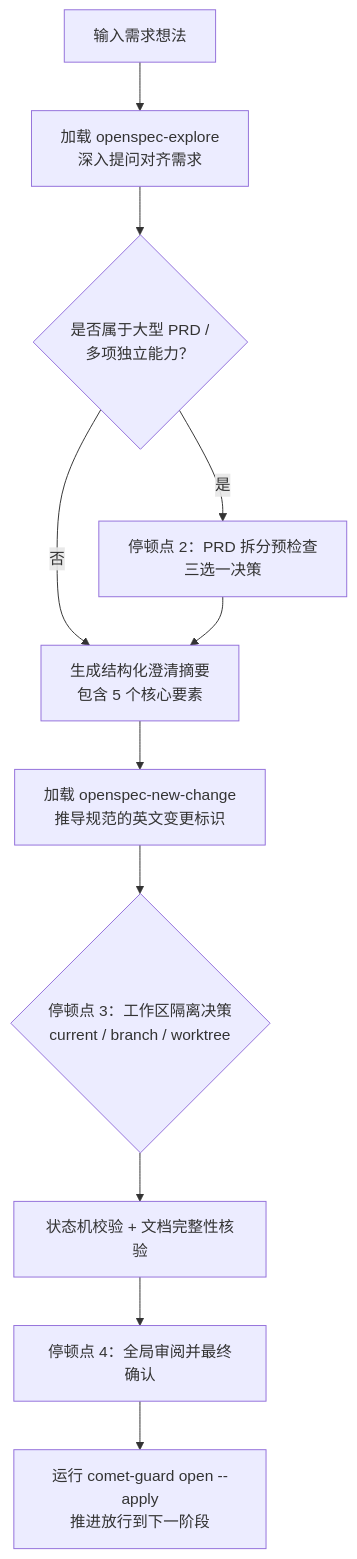
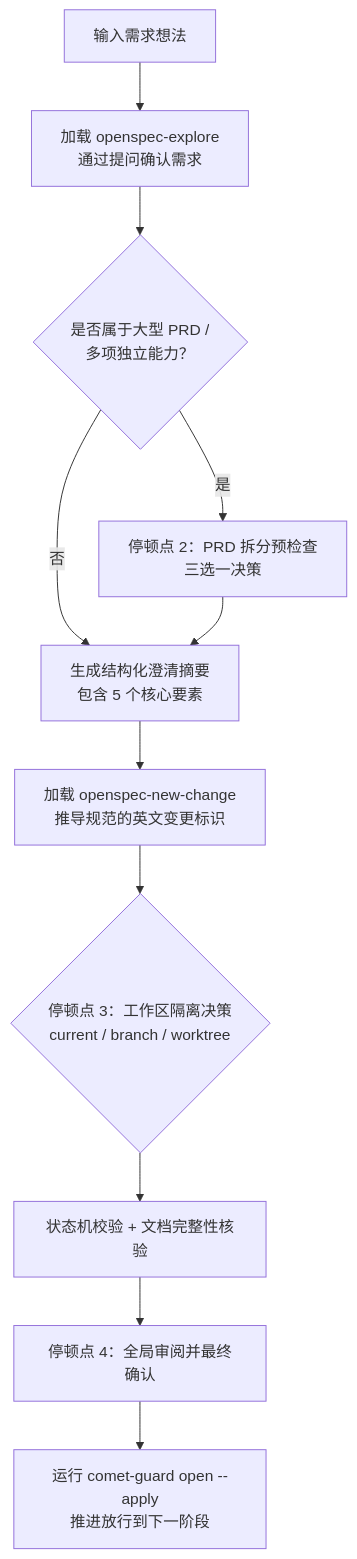
Before and after one commit to rpamis/comet-website-docs: the diagram in zh/phases/open.mdx, drawn with Mermaid. The commit also changed other lines of this file and 102 other files, not shown here.

````diff
--- a/zh/phases/open.mdx
+++ b/zh/phases/open.mdx
@@ -50,13 +50,13 @@
 ```mermaid
 flowchart TD
-    Start["输入需求想法"] --> S1["加载 openspec-explore<br/>深入提问对齐需求"]
+    Start["输入需求想法"] --> S1["加载 openspec-explore<br/>通过提问确认需求"]
     S1 --> S1a{"是否属于大型 PRD /<br/>多项独立能力？"}
     S1a -->|是| Stop1["停顿点 2：PRD 拆分预检查<br/>三选一决策"]
     S1a -->|否| S1sum["生成结构化澄清摘要<br/>包含 5 个核心要素"]
     Stop1 --> S1sum
     S1sum --> S2["加载 openspec-new-change<br/>推导规范的英文变更标识"]
     S2 --> S2b{"停顿点 3：工作区隔离决策<br/>current / branch / worktree"}
     S2b --> S3["状态机校验 + 文档完整性核验"]
     S3 --> Stop4["停顿点 4：全局审阅并最终确认"]
     Stop4 --> Exit["运行 comet-guard open --apply<br/>推进放行到下一阶段"]
 ```
````
